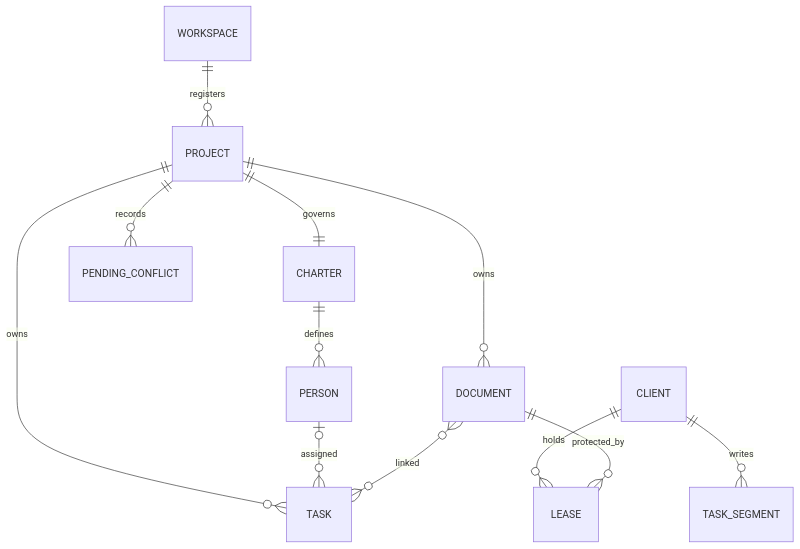
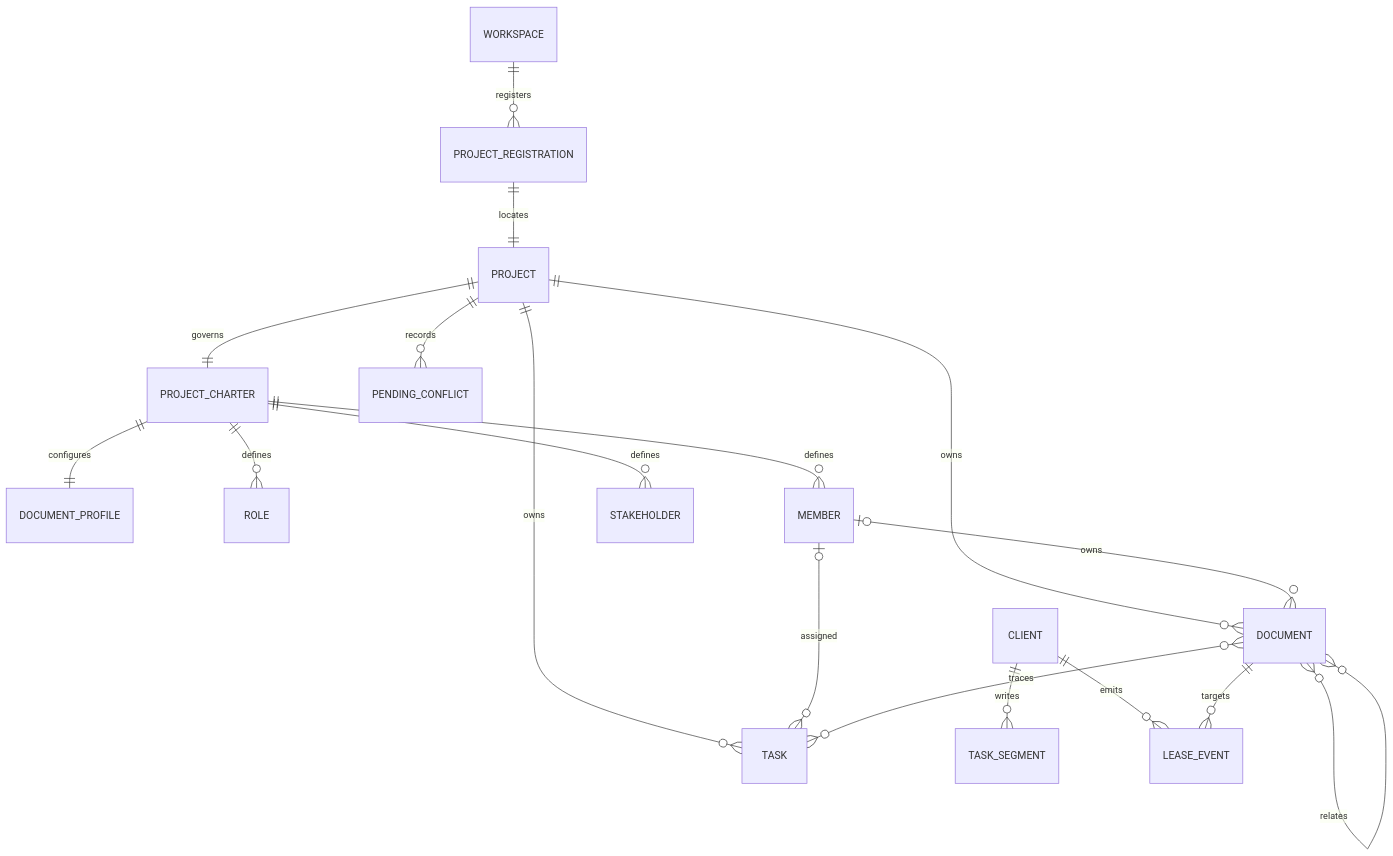
One commit to runtime-co-kr/rundol changed the diagram in docs/model/MOD-001-런돌-핵심-데이터-모델.md. Above: the diagram before and after it, drawn with Mermaid. The commit also changed other lines of this file and 6 other files, not shown here.

````diff
--- a/docs/model/MOD-001-런돌-핵심-데이터-모델.md
+++ b/docs/model/MOD-001-런돌-핵심-데이터-모델.md
@@ -31,14 +32,20 @@
 ```mermaid
 erDiagram
-    WORKSPACE ||--o{ PROJECT : registers
-    PROJECT ||--|| CHARTER : governs
+    WORKSPACE ||--o{ PROJECT_REGISTRATION : registers
+    PROJECT_REGISTRATION ||--|| PROJECT : locates
+    PROJECT ||--|| PROJECT_CHARTER : governs
+    PROJECT_CHARTER ||--|| DOCUMENT_PROFILE : configures
     PROJECT ||--o{ DOCUMENT : owns
     PROJECT ||--o{ TASK : owns
-    CHARTER ||--o{ PERSON : defines
-    PERSON o|--o{ TASK : assigned
-    DOCUMENT }o--o{ TASK : linked
+    PROJECT_CHARTER ||--o{ ROLE : defines
+    PROJECT_CHARTER ||--o{ MEMBER : defines
+    PROJECT_CHARTER ||--o{ STAKEHOLDER : defines
+    MEMBER o|--o{ DOCUMENT : owns
+    MEMBER o|--o{ TASK : assigned
+    DOCUMENT }o--o{ DOCUMENT : relates
+    DOCUMENT }o--o{ TASK : traces
     CLIENT ||--o{ TASK_SEGMENT : writes
-    CLIENT ||--o{ LEASE : holds
-    DOCUMENT ||--o{ LEASE : protected_by
+    CLIENT ||--o{ LEASE_EVENT : emits
+    DOCUMENT ||--o{ LEASE_EVENT : targets
     PROJECT ||--o{ PENDING_CONFLICT : records
 ```
````
